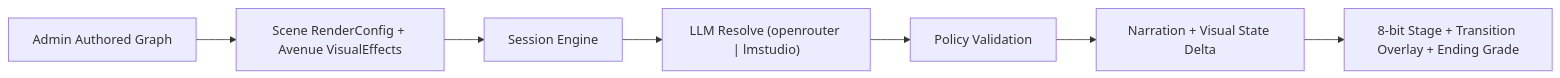
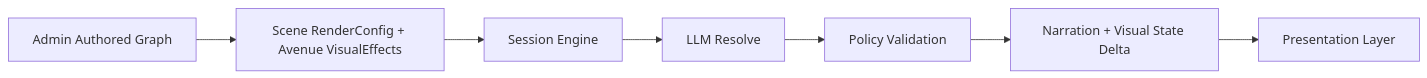
Before and after one commit to aamir-nus/lumina-quest: the diagram in README.md, drawn with Mermaid. The commit also changed other lines of this file, not shown here.

Commit message:
update -- update README with flow diagrams and docs, WIP for bugfixes

````diff
--- a/README.md
+++ b/README.md
@@ -7,9 +7,9 @@
 ```mermaid
 flowchart LR
   A["Admin Authored Graph"] --> B["Scene RenderConfig + Avenue VisualEffects"]
   B --> C["Session Engine"]
-  C --> D["LLM Resolve (openrouter | lmstudio)"]
+  C --> D["LLM Resolve"]
   D --> E["Policy Validation"]
   E --> F["Narration + Visual State Delta"]
-  F --> G["8-bit Stage + Transition Overlay + Ending Grade"]
+  F --> G["Presentation Layer"]
 ```
````
